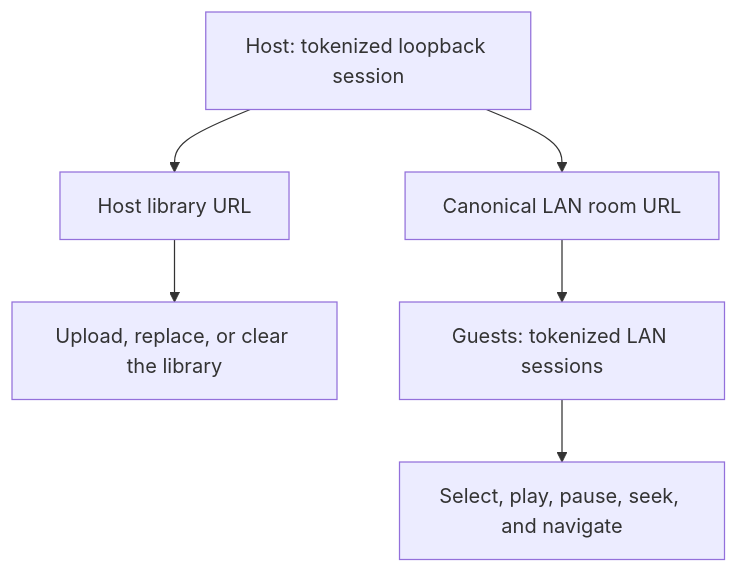
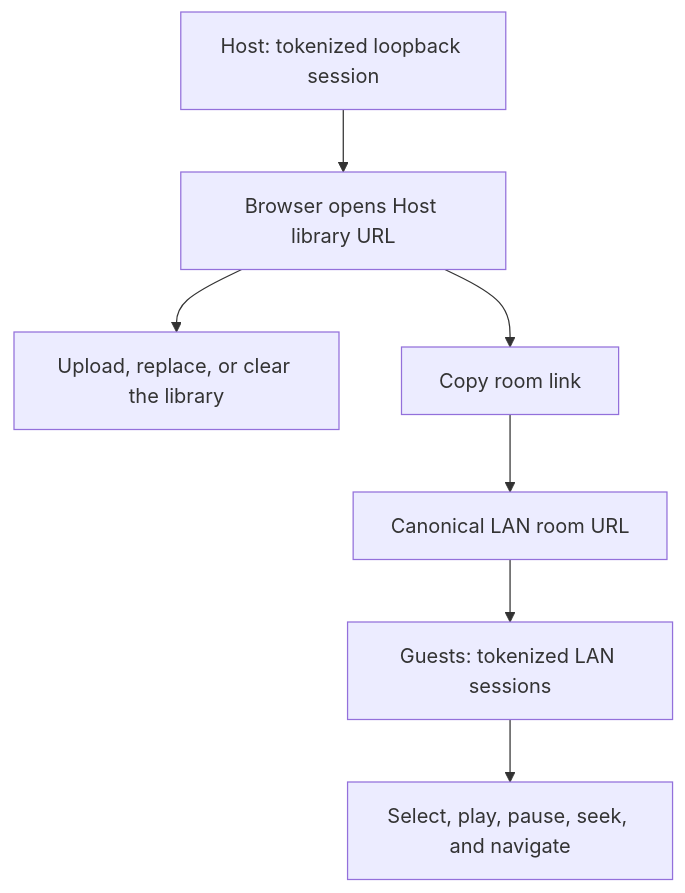
Before and after one commit to Dortecx/The-Player: the first of 3 diagrams in docs/lan-shared-playback.md, drawn with Mermaid. The commit also changed other lines of this file and 8 other files, not shown here.

````diff
--- a/docs/lan-shared-playback.md
+++ b/docs/lan-shared-playback.md
@@ -18,8 +18,9 @@
 ```mermaid
 flowchart TD
-    Host[Host: tokenized loopback session] --> HostLibrary[Host library URL]
+    Host[Host: tokenized loopback session] --> HostLibrary[Browser opens Host library URL]
     HostLibrary --> LibraryActions[Upload, replace, or clear the library]
-    Host --> LanUrl[Canonical LAN room URL]
+    HostLibrary --> CopyLink[Copy room link]
+    CopyLink --> LanUrl[Canonical LAN room URL]
     LanUrl --> Guests[Guests: tokenized LAN sessions]
     Guests --> Playback[Select, play, pause, seek, and navigate]
 ```
````
